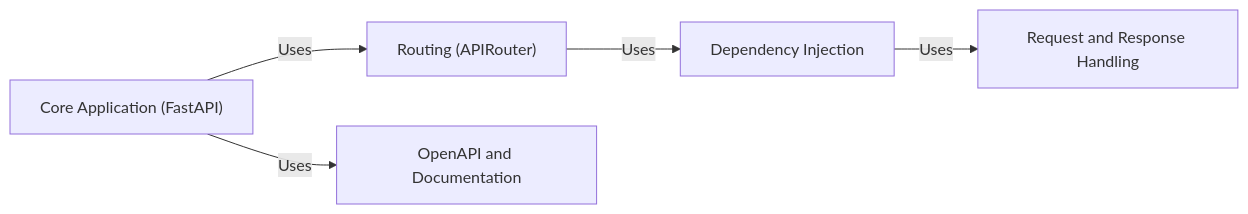
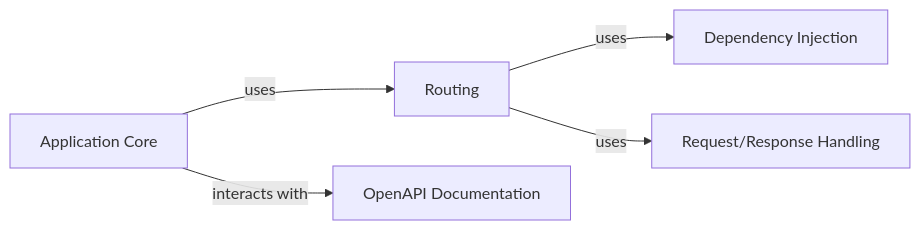
One commit to CodeBoarding/GeneratedOnBoardings changed the diagram in fastapi/on_boarding.md. Above: the diagram before and after it, drawn with Mermaid. The commit also changed other lines of this file and 6 other files, not shown here.

````diff
--- a/fastapi/on_boarding.md
+++ b/fastapi/on_boarding.md
@@ -1,15 +1,16 @@
 ```mermaid
 graph LR
-    Core_Application_FastAPI_["Core Application (FastAPI)"]
-    Routing_APIRouter_["Routing (APIRouter)"]
+    Application_Core["Application Core"]
+    Routing["Routing"]
     Dependency_Injection["Dependency Injection"]
-    Request_and_Response_Handling["Request and Response Handling"]
-    OpenAPI_and_Documentation["OpenAPI and Documentation"]
-    Core_Application_FastAPI_ -- "Uses" --> Routing_APIRouter_
-    Core_Application_FastAPI_ -- "Uses" --> OpenAPI_and_Documentation
-    Routing_APIRouter_ -- "Uses" --> Dependency_Injection
-    Dependency_Injection -- "Uses" --> Request_and_Response_Handling
+    Request_Response_Handling["Request/Response Handling"]
+    OpenAPI_Documentation["OpenAPI Documentation"]
+    Application_Core -- "uses" --> Routing
+    Application_Core -- "interacts with" --> OpenAPI_Documentation
+    Routing -- "uses" --> Dependency_Injection
+    Routing -- "uses" --> Request_Response_Handling
+    click Application_Core href "https://github.com/CodeBoarding/GeneratedOnBoardings/blob/main/fastapi/Application_Core.md" "Details"
+    click Routing href "https://github.com/CodeBoarding/GeneratedOnBoardings/blob/main/fastapi/Routing.md" "Details"
     click Dependency_Injection href "https://github.com/CodeBoarding/GeneratedOnBoardings/blob/main/fastapi/Dependency_Injection.md" "Details"
-    click Request_and_Response_Handling href "https://github.com/CodeBoarding/GeneratedOnBoardings/blob/main/fastapi/Request_and_Response_Handling.md" "Details"
-    click OpenAPI_and_Documentation href "https://github.com/CodeBoarding/GeneratedOnBoardings/blob/main/fastapi/OpenAPI_and_Documentation.md" "Details"
+    click OpenAPI_Documentation href "https://github.com/CodeBoarding/GeneratedOnBoardings/blob/main/fastapi/OpenAPI_Documentation.md" "Details"
 ```
````
